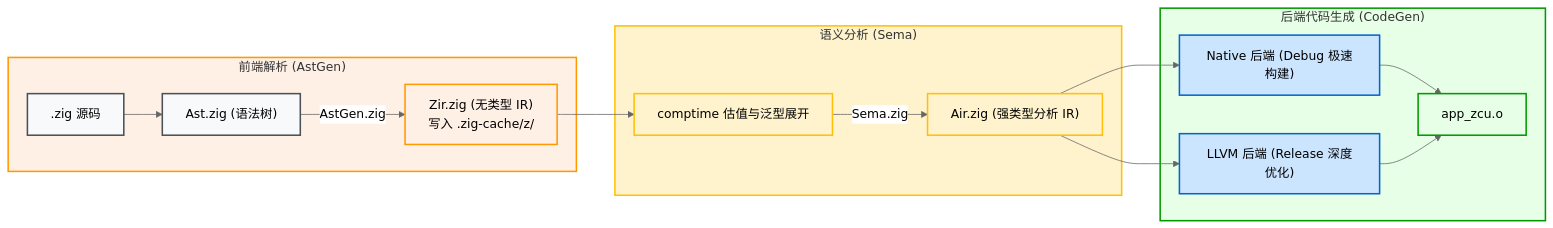
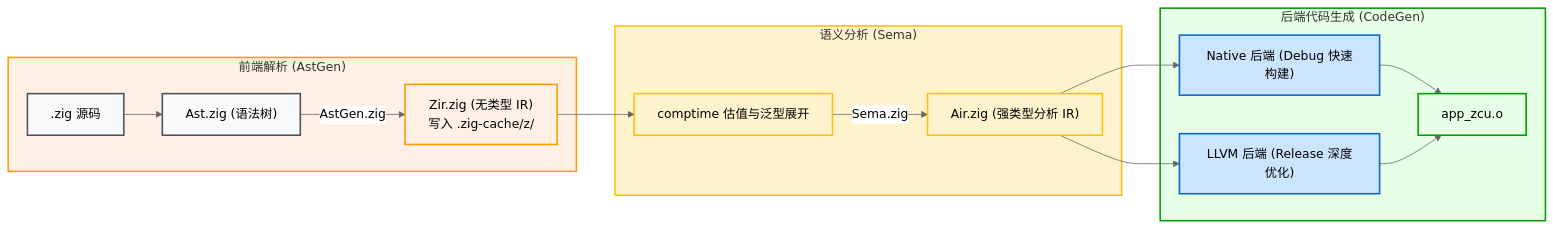
The second of 2 diagrams in src/part4/zcu-internals.md (jiacai2050/zig-build), drawn with Mermaid (neutral theme) before and after one commit. The commit also changed other lines of this file and 23 other files, not shown here.

````diff
--- a/src/part4/zcu-internals.md
+++ b/src/part4/zcu-internals.md
@@ -74,32 +72,32 @@
 ```mermaid
 graph LR
     subgraph S_Front ["前端解析 (AstGen)"]
         Src[".zig 源码"] --> AST["Ast.zig (语法树)"]
         AST -- "AstGen.zig" --> ZIR["Zir.zig (无类型 IR)<br/>写入 .zig-cache/z/"]
     end
 
     subgraph S_Sema ["语义分析 (Sema)"]
         ZIR --> Comptime["comptime 估值与泛型展开"]
         Comptime -- "Sema.zig" --> AIR["Air.zig (强类型分析 IR)"]
     end
 
     subgraph S_Back ["后端代码生成 (CodeGen)"]
-        AIR --> BE_Native["Native 后端 (Debug 极速构建)"]
+        AIR --> BE_Native["Native 后端 (Debug 快速构建)"]
         AIR --> BE_LLVM["LLVM 后端 (Release 深度优化)"]
         BE_Native --> Obj["app_zcu.o"]
         BE_LLVM --> Obj
     end
 
     classDef default fill:#f8f9fa,stroke:#495057;
     style S_Front fill:#fff0e6,stroke:#ff9900,stroke-width:2px;
     style S_Sema fill:#fff3cd,stroke:#ffc107,stroke-width:2px;
     style S_Back fill:#e6ffe6,stroke:#009900,stroke-width:2px;
     style Src fill:#f8f9fa,stroke:#495057,stroke-width:2px;
     style AST fill:#f8f9fa,stroke:#495057,stroke-width:2px;
     style ZIR fill:#fff0e6,stroke:#ff9900,stroke-width:2px;
     style Comptime fill:#fff3cd,stroke:#ffc107,stroke-width:2px;
     style AIR fill:#fff3cd,stroke:#ffc107,stroke-width:2px;
     style BE_Native fill:#cce5ff,stroke:#0066cc,stroke-width:2px;
     style BE_LLVM fill:#cce5ff,stroke:#0066cc,stroke-width:2px;
     style Obj fill:#e6ffe6,stroke:#009900,stroke-width:2px;
 ```
````
